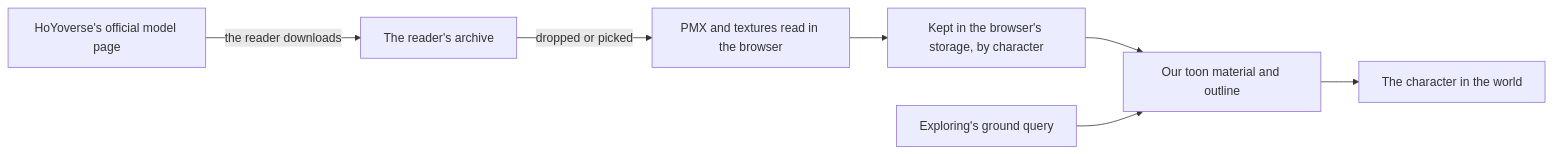
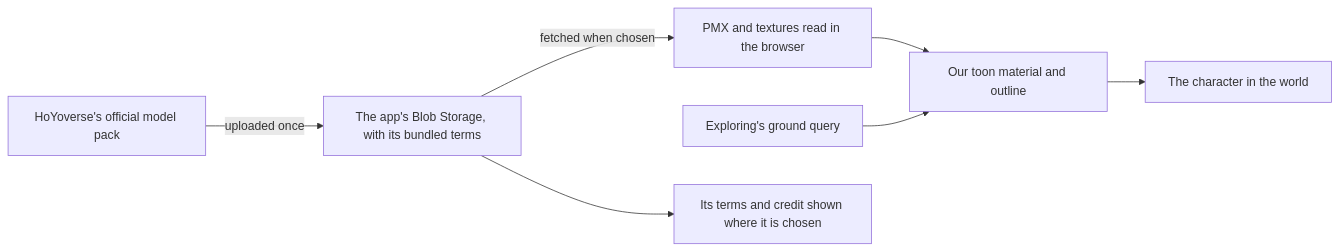
One commit to Esposter/Esposter changed the diagram in apps/web/content/docs/proposals/genshin/characters.md. Above: the diagram before and after it, drawn with Mermaid. The commit also changed other lines of this file and 1 other file, not shown here.

Commit message:
docs(genshin): characters host HoYoverse's official MMD packs in the app's Blob Storage, as the user decided, each with its bundled terms and miHoYo's credit shown where it is chosen and none put to commercial use

````diff
--- a/apps/web/content/docs/proposals/genshin/characters.md
+++ b/apps/web/content/docs/proposals/genshin/characters.md
@@ -22,9 +21,9 @@
 ```mermaid
 flowchart LR
-  OFF[HoYoverse's official model page] -->|the reader downloads| FILE[The reader's archive]
-  FILE -->|dropped or picked| READ[PMX and textures read in the browser]
-  READ --> STORE[Kept in the browser's storage, by character]
-  STORE --> DRAW[Our toon material and outline]
+  OFF[HoYoverse's official model pack] -->|uploaded once| BLOB[The app's Blob Storage, with its bundled terms]
+  BLOB -->|fetched when chosen| READ[PMX and textures read in the browser]
+  READ --> DRAW[Our toon material and outline]
   GQ[Exploring's ground query] --> DRAW
   DRAW --> WORLD[The character in the world]
+  BLOB --> TERMS[Its terms and credit shown where it is chosen]
 ```
````
